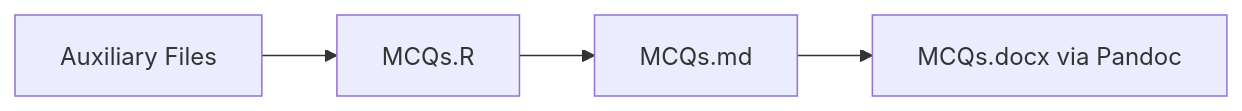
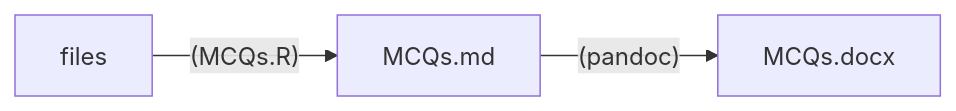
Before and after one commit to jinghuazhao/tests: the diagram in gaawr2/index.md, drawn with Mermaid. The commit also changed other lines of this file, not shown here.

````diff
--- a/gaawr2/index.md
+++ b/gaawr2/index.md
@@ -45,6 +41,5 @@
-    <div class="mermaid">
-    graph LR
-      A[Auxiliary Files] --> B[MCQs.R]
-      B --> C[MCQs.md]
-      C --> D[MCQs.docx via Pandoc]
-    </div>
+```mermaid
+graph LR
+  files --(MCQs.R)--> MCQs.md
+  MCQs.md --(pandoc)--> MCQs.docx
+```
````
